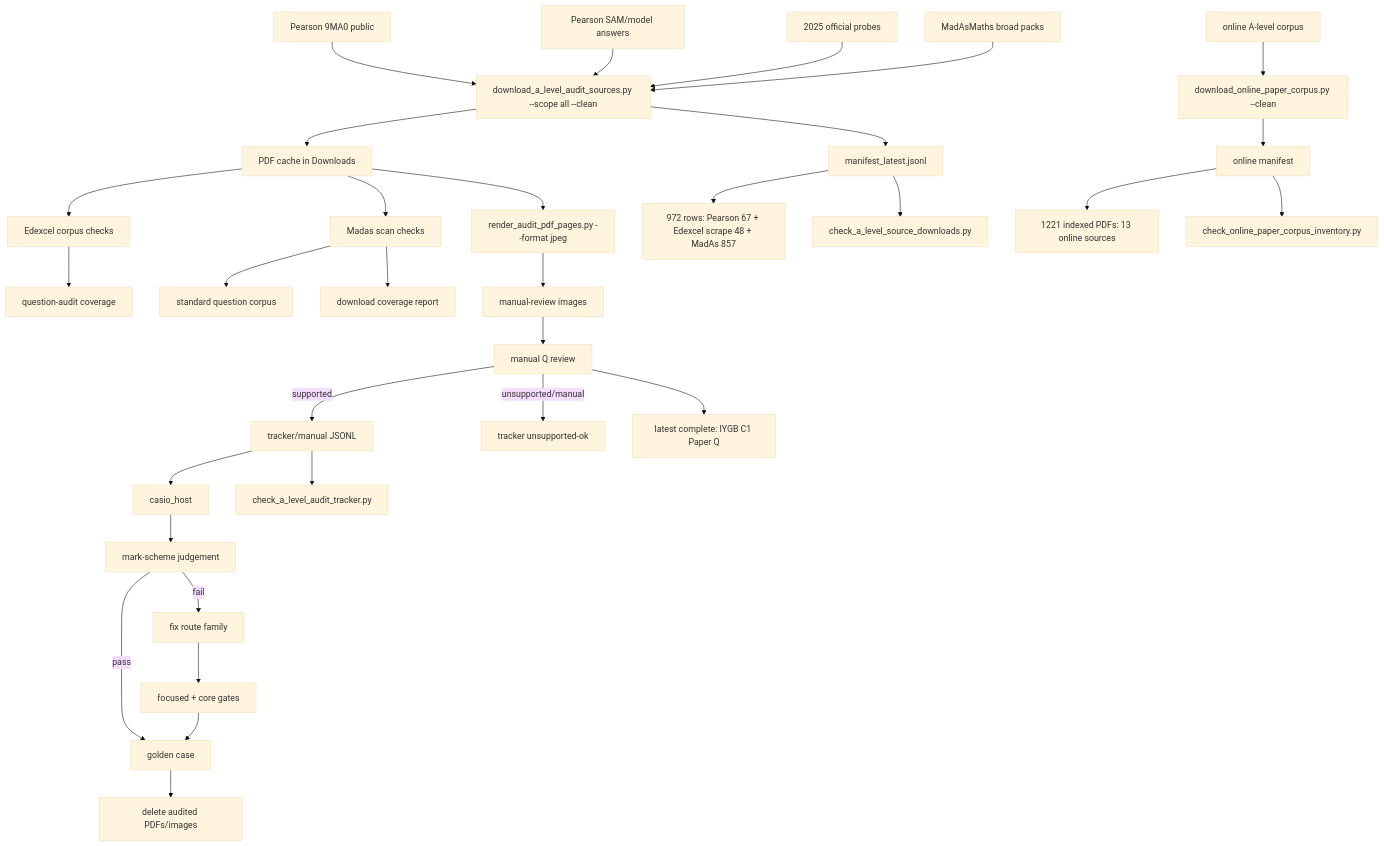
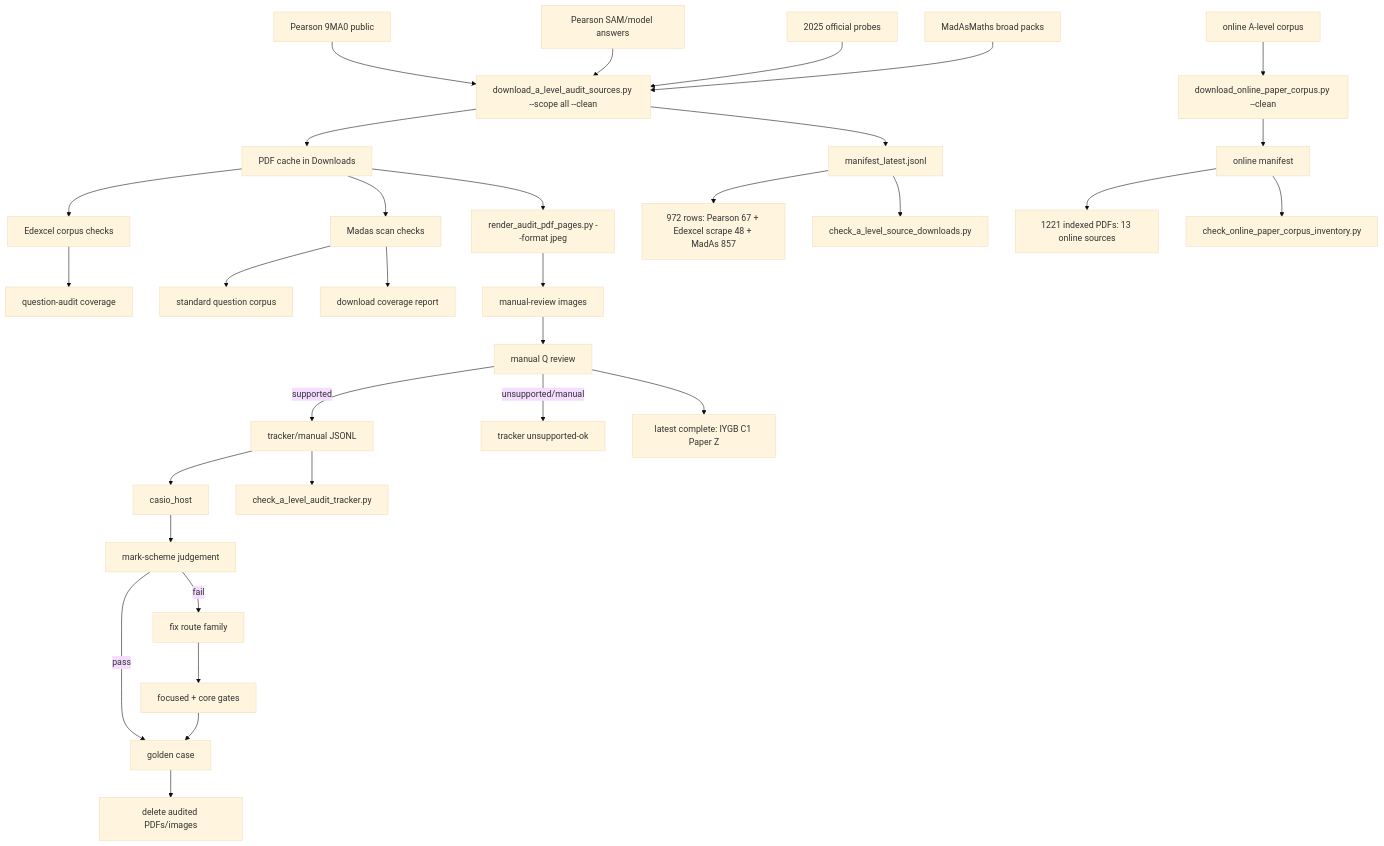
The diagram in c++/tools/golden/a_level_audit_graph.md (james8464/notes-addin-casio-fx-cg50), drawn with Mermaid (base theme) before and after one commit. The commit also changed other lines of this file and 2 other files, not shown here.

Commit message:
Audit IYGB C1 Paper Z

````diff
--- a/c++/tools/golden/a_level_audit_graph.md
+++ b/c++/tools/golden/a_level_audit_graph.md
@@ -3,34 +3,34 @@
 ```mermaid
 graph TD
   E1["Pearson 9MA0 public"] --> D["download_a_level_audit_sources.py --scope all --clean"]
   E2["Pearson SAM/model answers"] --> D
   E3["2025 official probes"] --> D
   M1["MadAsMaths broad packs"] --> D
   O1["online A-level corpus"] --> OD["download_online_paper_corpus.py --clean"]
   D --> P["PDF cache in Downloads"]
   D --> X["manifest_latest.jsonl"]
   OD --> OX["online manifest"]
   X --> XC["972 rows: Pearson 67 + Edexcel scrape 48 + MadAs 857"]
   OX --> OC["1221 indexed PDFs: 13 online sources"]
   X --> V["check_a_level_source_downloads.py"]
   OX --> OV["check_online_paper_corpus_inventory.py"]
   P --> E["Edexcel corpus checks"]
   E --> EQ["question-audit coverage"]
   P --> S["Madas scan checks"]
   S --> M["standard question corpus"]
   S --> MC["download coverage report"]
   P --> R["render_audit_pdf_pages.py --format jpeg"]
   R --> I["manual-review images"]
   I --> Q["manual Q review"]
   Q -->|supported| J["tracker/manual JSONL"]
   Q -->|unsupported/manual| U["tracker unsupported-ok"]
   J --> H["casio_host"]
   J --> K["check_a_level_audit_tracker.py"]
   H --> C["mark-scheme judgement"]
   C -->|pass| G["golden case"]
   C -->|fail| F["fix route family"]
   F --> T["focused + core gates"]
   T --> G
   G --> Z["delete audited PDFs/images"]
-  Q --> Qt["latest complete: IYGB C1 Paper Q"]
+  Q --> Qt["latest complete: IYGB C1 Paper Z"]
 ```
````
